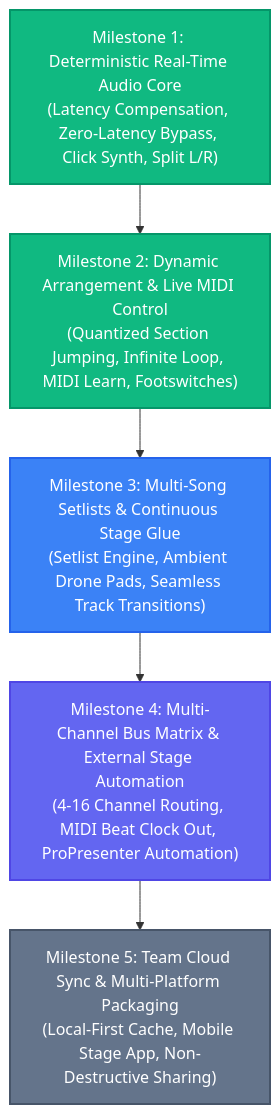
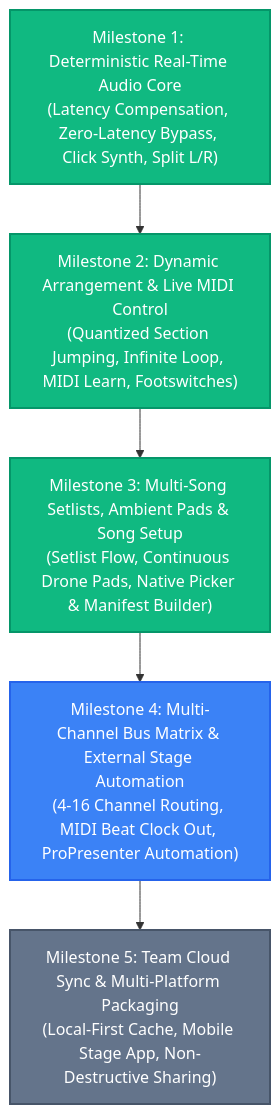
One commit to adedayo/psalm-stage changed the diagram in openspec/SPEC_PIPELINE.md. Above: the diagram before and after it, drawn with Mermaid. The commit also changed other lines of this file and 139 other files, not shown here.

````diff
--- a/openspec/SPEC_PIPELINE.md
+++ b/openspec/SPEC_PIPELINE.md
@@ -46,19 +54,19 @@
 ```mermaid
 flowchart TD
     M1["Milestone 1: Deterministic Real-Time Audio Core\n(Latency Compensation, Zero-Latency Bypass, Click Synth, Split L/R)"]
     M2["Milestone 2: Dynamic Arrangement & Live MIDI Control\n(Quantized Section Jumping, Infinite Loop, MIDI Learn, Footswitches)"]
-    M3["Milestone 3: Multi-Song Setlists & Continuous Stage Glue\n(Setlist Engine, Ambient Drone Pads, Seamless Track Transitions)"]
+    M3["Milestone 3: Multi-Song Setlists, Ambient Pads & Song Setup\n(Setlist Flow, Continuous Drone Pads, Native Picker & Manifest Builder)"]
     M4["Milestone 4: Multi-Channel Bus Matrix & External Stage Automation\n(4-16 Channel Routing, MIDI Beat Clock Out, ProPresenter Automation)"]
     M5["Milestone 5: Team Cloud Sync & Multi-Platform Packaging\n(Local-First Cache, Mobile Stage App, Non-Destructive Sharing)"]
 
     M1 --> M2
     M2 --> M3
     M3 --> M4
     M4 --> M5
 
     style M1 fill:#10b981,stroke:#059669,stroke-width:2px,color:#ffffff
     style M2 fill:#10b981,stroke:#059669,stroke-width:2px,color:#ffffff
-    style M3 fill:#3b82f6,stroke:#2563eb,stroke-width:2px,color:#ffffff
-    style M4 fill:#6366f1,stroke:#4f46e5,stroke-width:2px,color:#ffffff
+    style M3 fill:#10b981,stroke:#059669,stroke-width:2px,color:#ffffff
+    style M4 fill:#3b82f6,stroke:#2563eb,stroke-width:2px,color:#ffffff
     style M5 fill:#64748b,stroke:#475569,stroke-width:2px,color:#ffffff
 ```
````
